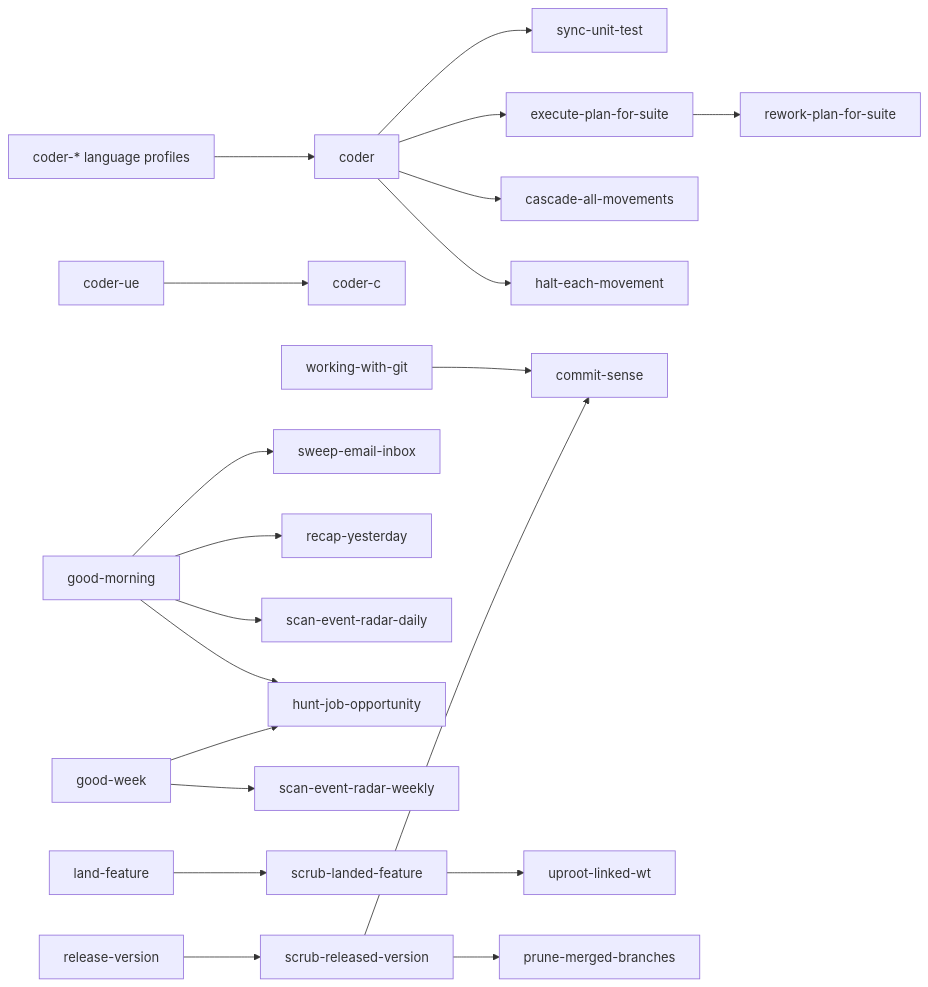
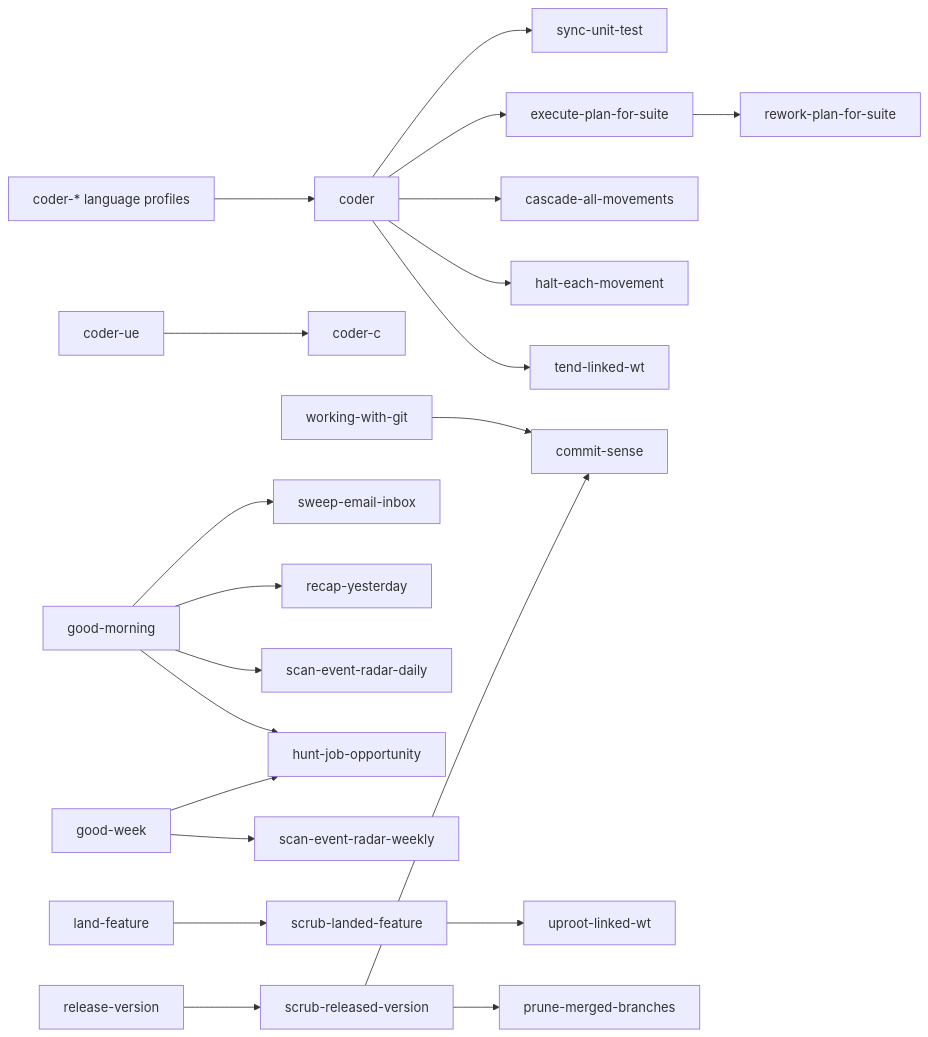
One commit to kami-lel/kaye-library changed the seventh of 7 diagrams in docs/blueprint-doc.md. Above: the diagram before and after it, drawn with Mermaid. The commit also changed 2 other files, not shown here.

Commit message:
let plan-for-suite mark independent Movements for parallel worktrees
🪧`CHANGELOG.md` log optional parallel Movements; retire resolved TTs
📖`blueprint-doc.md` graph coder invoking tend-linked-wt
🤖`coder.md` parallel run optional, each Movement in own linked worktree

````diff
--- a/docs/blueprint-doc.md
+++ b/docs/blueprint-doc.md
@@ -197,22 +197,23 @@
 ```mermaid
 flowchart LR
     coder_profiles["coder-* language profiles"] --> coder
     coder_ue["coder-ue"] --> coder_c["coder-c"]
     coder --> sync_unit_test["sync-unit-test"]
     coder --> execute_plan_for_suite["execute-plan-for-suite"]
     execute_plan_for_suite --> rework_plan_for_suite["rework-plan-for-suite"]
     coder --> cascade_all_movements["cascade-all-movements"]
     coder --> halt_each_movement["halt-each-movement"]
+    coder --> tend_linked_wt["tend-linked-wt"]
     working_with_git["working-with-git"] --> commit_sense["commit-sense"]
     good_morning["good-morning"] --> sweep_email_inbox["sweep-email-inbox"]
     good_morning --> recap_yesterday["recap-yesterday"]
     good_morning --> scan_event_radar_daily["scan-event-radar-daily"]
     good_morning --> hunt_job_opportunity["hunt-job-opportunity"]
     good_week["good-week"] --> scan_event_radar_weekly["scan-event-radar-weekly"]
     good_week --> hunt_job_opportunity
     land_feature["land-feature"] --> scrub_landed_feature["scrub-landed-feature"]
     scrub_landed_feature --> uproot_linked_wt["uproot-linked-wt"]
     release_version["release-version"] --> scrub_released_version["scrub-released-version"]
     scrub_released_version --> prune_merged_branches["prune-merged-branches"]
     scrub_released_version --> commit_sense
 ```
````
